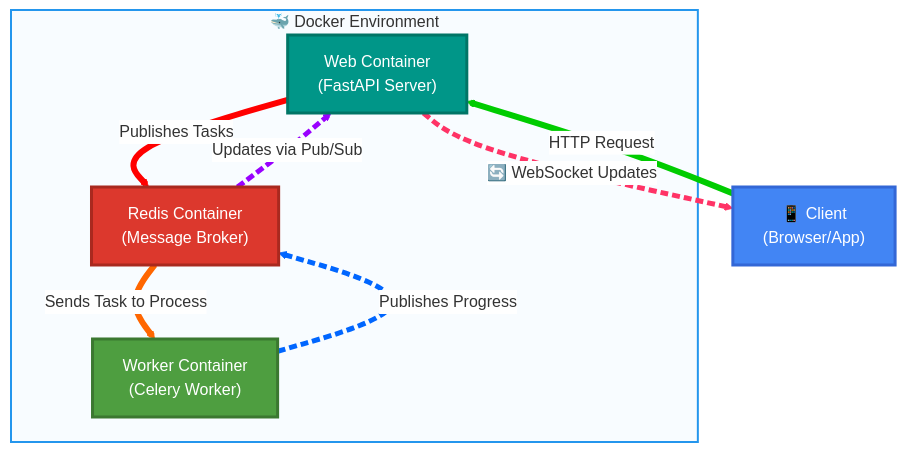
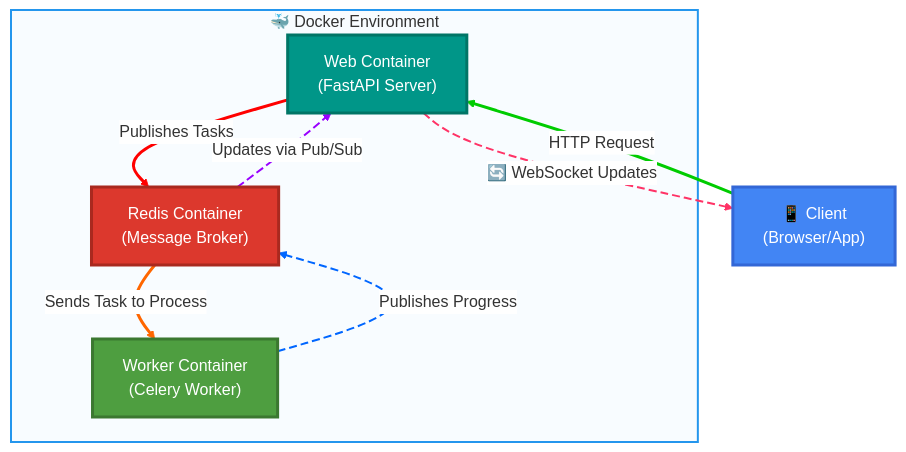
The second of 4 diagrams in README.md (Jilan5/Background-Task-Management-with-the-help-of-websocket), drawn with Mermaid before and after one commit.

````diff
--- a/README.md
+++ b/README.md
@@ -73,47 +73,47 @@
 ```mermaid
 %%{init: {'theme': 'default', 'themeVariables': {'primaryColor': '#ffcc00', 'edgeLabelBackground':'#ffffff', 'tertiaryColor': '#f0f0f0'}}}%%
 %%{config: {'flowchart': {'curve': 'cardinal', 'padding': 20}}}%%
 %%{flowchart: {'nodeSpacing': 80, 'rankSpacing': 120}}%%
 %%{flowchart: {'defaultRenderer': 'dagre'}}%%
 
 graph TD
     subgraph Docker["🐳 Docker Environment"]
         A["Web Container<br/>(FastAPI Server)"] 
         B["Redis Container<br/>(Message Broker)"]
         C["Worker Container<br/>(Celery Worker)"]
     end
     
     Client["📱 Client<br/>(Browser/App)"]
 
     %% Bold contrasting arrows
     A ==>|"Publishes Tasks"| B
     B ==>|"Sends Task to Process"| C
     C -.->|"Publishes Progress"| B
     B -.->|"Updates via Pub/Sub"| A
     
     %% Client interactions
     Client ==>|"HTTP Request"| A
     A -.->|"🔄 WebSocket Updates"| Client
 
     %% Enhanced styling
     classDef fastApiStyle fill:#009688,stroke:#007566,color:white,stroke-width:3px
     classDef redisStyle fill:#DC382D,stroke:#a9291f,color:white,stroke-width:3px
     classDef celeryStyle fill:#4e9e40,stroke:#3b7830,color:white,stroke-width:3px
     classDef clientStyle fill:#4285F4,stroke:#3367d6,color:white,stroke-width:3px
     classDef dockerStyle fill:#E6F3FF,stroke:#2496ED,color:#333,stroke-width:2px,fill-opacity:0.3
 
     %% Apply styles
     class A fastApiStyle
     class B redisStyle
     class C celeryStyle
     class Client clientStyle
     class Docker dockerStyle
 
     %% Bold contrasting arrow styles
-    linkStyle 0 stroke:#FF0000,stroke-width:6px
-    linkStyle 1 stroke:#FF6600,stroke-width:6px
-    linkStyle 2 stroke:#0066FF,stroke-width:5px,stroke-dasharray: 8 4
-    linkStyle 3 stroke:#9900FF,stroke-width:5px,stroke-dasharray: 8 4
-    linkStyle 4 stroke:#00CC00,stroke-width:6px
-    linkStyle 5 stroke:#FF3366,stroke-width:5px,stroke-dasharray: 8 4
+    linkStyle 0 stroke:#FF0000,stroke-width:3px
+    linkStyle 1 stroke:#FF6600,stroke-width:3px
+    linkStyle 2 stroke:#0066FF,stroke-width:2px,stroke-dasharray: 8 4
+    linkStyle 3 stroke:#9900FF,stroke-width:2px,stroke-dasharray: 8 4
+    linkStyle 4 stroke:#00CC00,stroke-width:3px
+    linkStyle 5 stroke:#FF3366,stroke-width:2px,stroke-dasharray: 8 4
 ```
````
